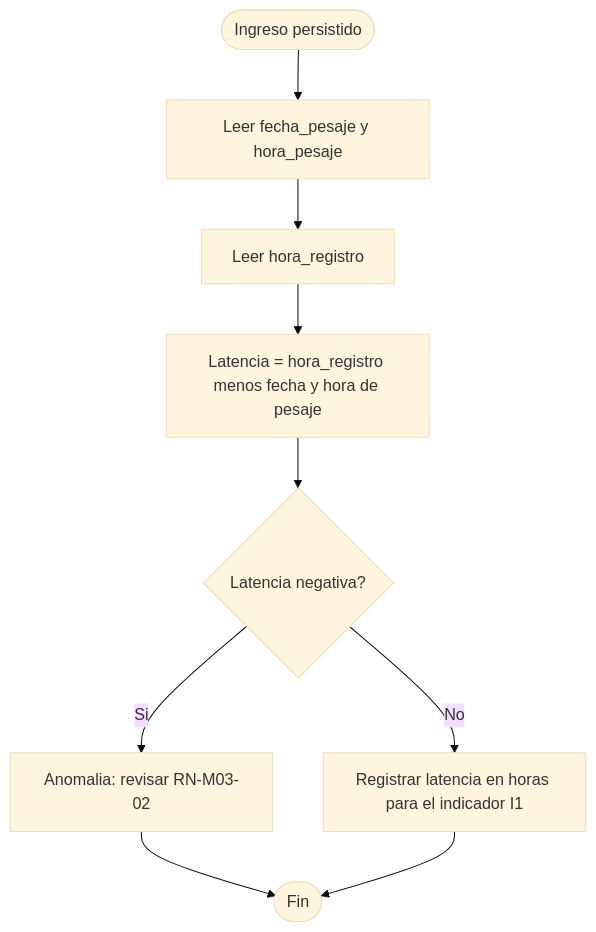
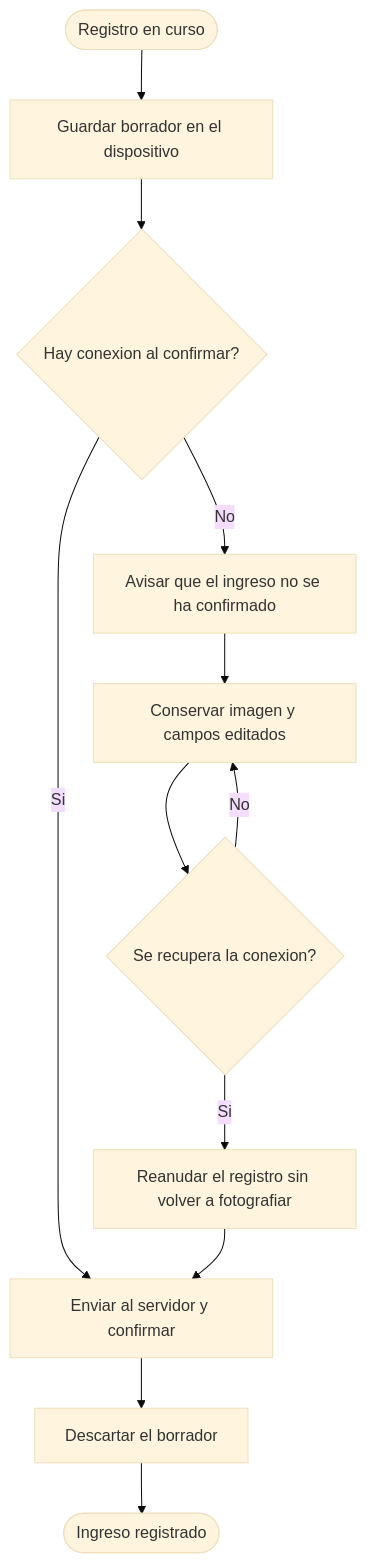
Before and after one commit to adlerOmonte1/LogisticaMinera: the third of 3 diagrams in docs/modulos/M03-ingresos/diagramas/actividades.md, drawn with Mermaid (base theme). The commit also changed other lines of this file and 12 other files, not shown here.

First line of the commit message:
docs(ingresos): Reformulacion de Historias de Usuario, requisitos y diagramas

````diff
--- a/docs/modulos/M03-ingresos/diagramas/actividades.md
+++ b/docs/modulos/M03-ingresos/diagramas/actividades.md
@@ -62,11 +66,14 @@
 ```mermaid
 flowchart TD
-    Start([Ingreso persistido]) --> D1[Leer fecha_pesaje y hora_pesaje]
-    D1 --> D2[Leer hora_registro]
-    D2 --> C1[Latencia = hora_registro menos fecha y hora de pesaje]
-    C1 --> V1{Latencia negativa?}
-    V1 -->|Si| AL[Anomalia: revisar RN-M03-02]
-    AL --> Fin([Fin])
-    V1 -->|No| R1[Registrar latencia en horas para el indicador I1]
-    R1 --> Fin
+    I([Registro en curso]) --> A1[Guardar borrador en el dispositivo]
+    A1 --> D1{Hay conexion al confirmar?}
+    D1 -->|Si| P1[Enviar al servidor y confirmar]
+    P1 --> A2[Descartar el borrador]
+    A2 --> F1([Ingreso registrado])
+    D1 -->|No| M1[Avisar que el ingreso no se ha confirmado]
+    M1 --> A3[Conservar imagen y campos editados]
+    A3 --> D2{Se recupera la conexion?}
+    D2 -->|No| A3
+    D2 -->|Si| L1[Reanudar el registro sin volver a fotografiar]
+    L1 --> P1
 ```
````
